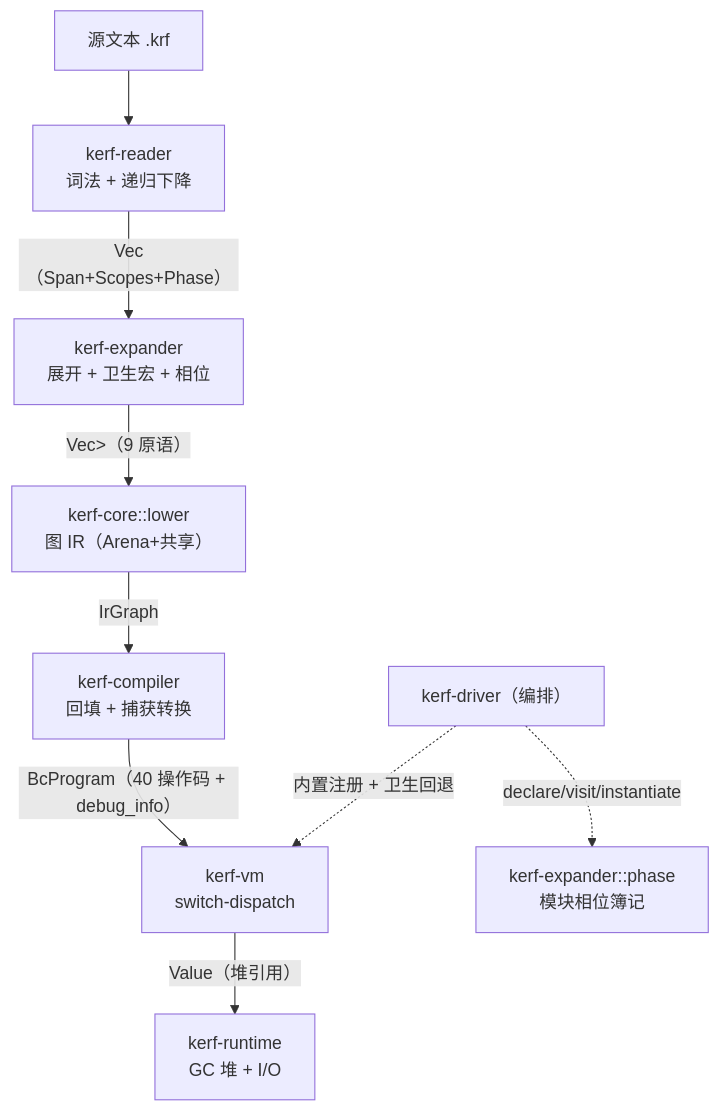
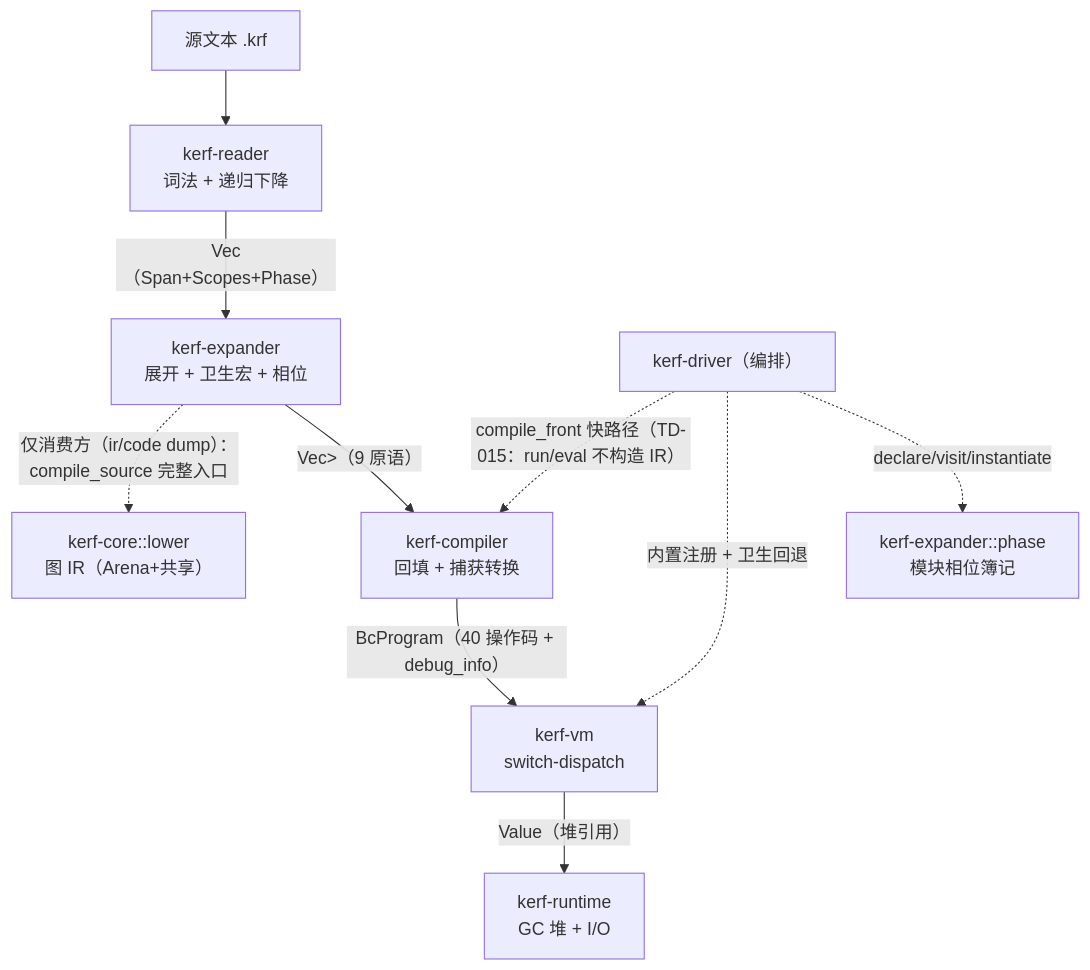
One commit to Redskaber/kerf changed the first of 2 diagrams in docs/graph/pipeline/data-flow.md. Above: the diagram before and after it, drawn with Mermaid. The commit also changed other lines of this file and 19 other files, not shown here.

````diff
--- a/docs/graph/pipeline/data-flow.md
+++ b/docs/graph/pipeline/data-flow.md
@@ -10,11 +10,12 @@
 ```mermaid
 flowchart TD
     SRC["源文本 .krf"] --> READER["kerf-reader<br/>词法 + 递归下降"]
     READER -->|"Vec<Stx>（Span+Scopes+Phase）"| EXP["kerf-expander<br/>展开 + 卫生宏 + 相位"]
-    EXP -->|"Vec<Rc<CoreExpr>>（9 原语）"| IR["kerf-core::lower<br/>图 IR（Arena+共享）"]
-    IR -->|"IrGraph"| COMP["kerf-compiler<br/>回填 + 捕获转换"]
+    EXP -->|"Vec<Rc<CoreExpr>>（9 原语）"| COMP["kerf-compiler<br/>回填 + 捕获转换"]
     COMP -->|"BcProgram（40 操作码 + debug_info）"| VM["kerf-vm<br/>switch-dispatch"]
     VM -->|"Value（堆引用）"| RT["kerf-runtime<br/>GC 堆 + I/O"]
+    EXP -.->|"仅消费方（ir/code dump）：compile_source 完整入口"| IR["kerf-core::lower<br/>图 IR（Arena+共享）"]
     DRIVER["kerf-driver（编排）"] -.->|"declare/visit/instantiate"| PH["kerf-expander::phase<br/>模块相位簿记"]
     DRIVER -.->|"内置注册 + 卫生回退"| VM
+    DRIVER -.->|"compile_front 快路径（TD-015：run/eval 不构造 IR）"| COMP
 ```
````
